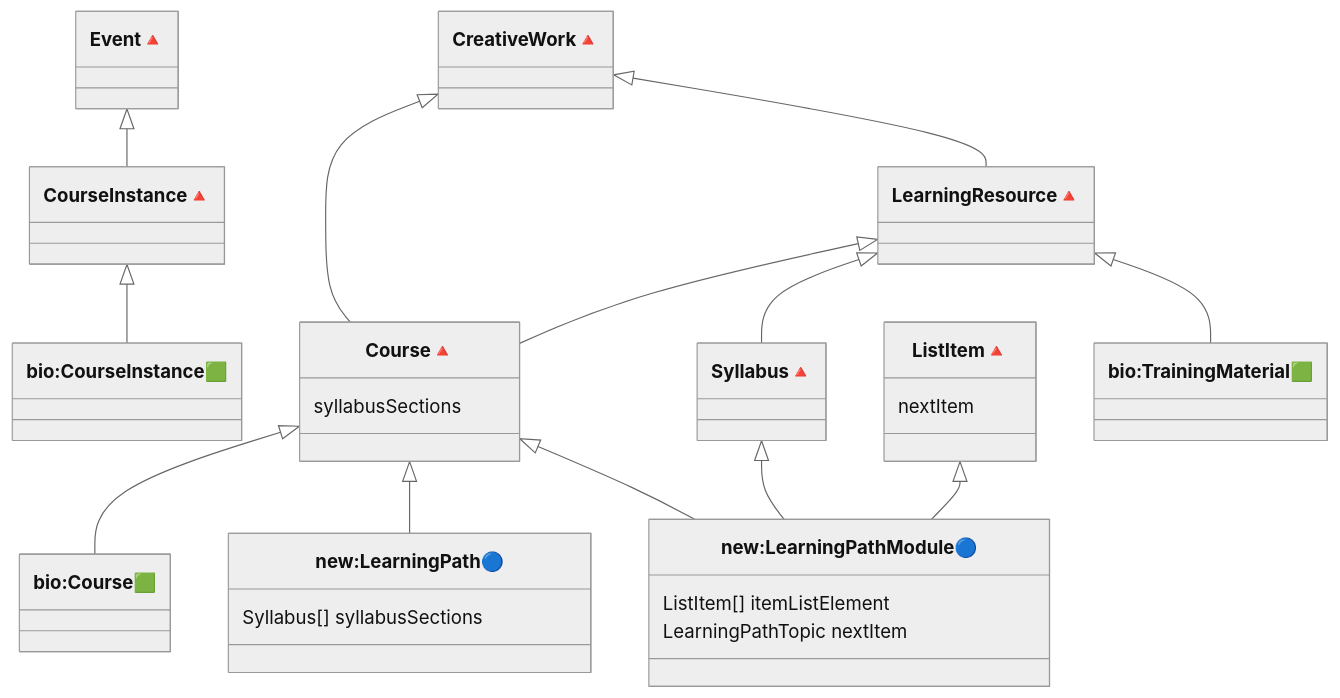
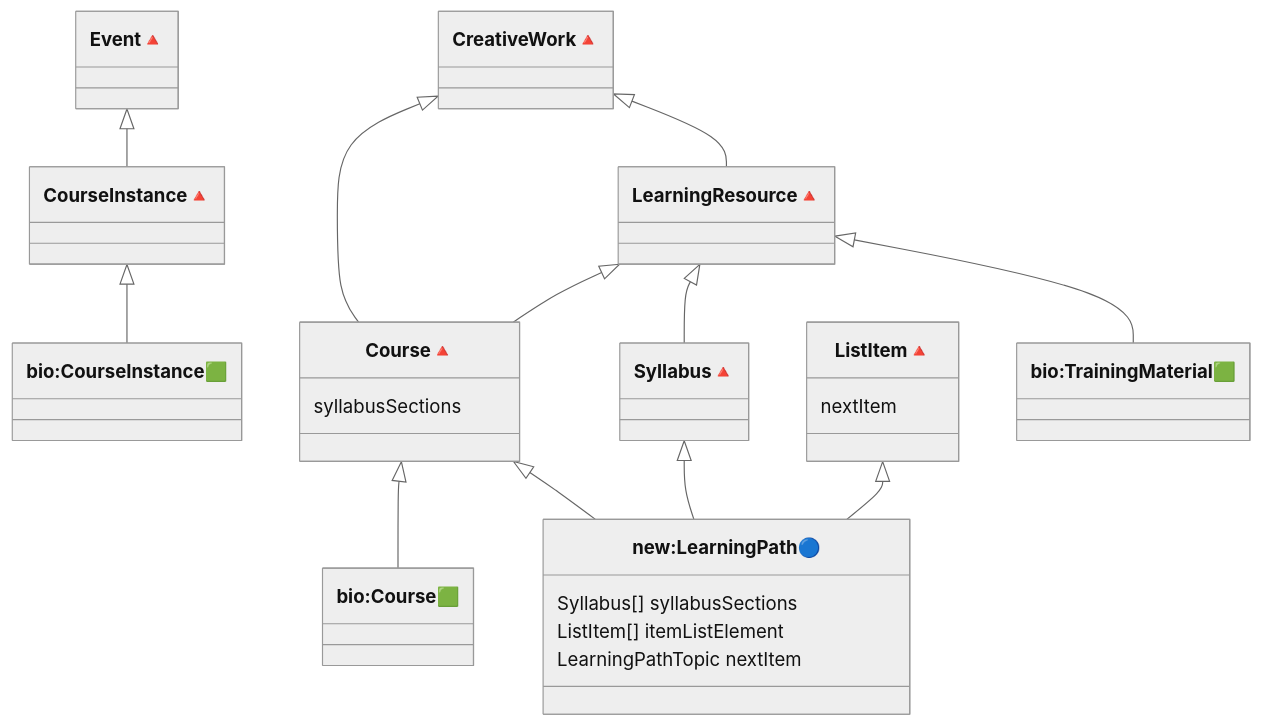
Before and after one commit to BioSchemas/LearningPath-sandbox: the fourth of 4 diagrams in README.md, drawn with Mermaid (neutral theme). The commit also changed other lines of this file, not shown here.

First line of the commit message:
Start to remove LearningPathModule

````diff
--- a/README.md
+++ b/README.md
@@ -282,45 +286,42 @@
 ```mermaid
 classDiagram
 direction TB
     class CourseInstance["CourseInstance🔺"] {
     }
     class bio_CourseInstance["bio:CourseInstance🟩"] {
     }
     class bio_Course["bio:Course🟩"] {
     }
     class Course["Course🔺"] {
 	    syllabusSections
     }
     class new_LearningPath["new:LearningPath🔵"] {
 	    Syllabus[] syllabusSections
+	    ListItem[] itemListElement
+	    LearningPathTopic nextItem
     }
     class ListItem["ListItem🔺"] {
 	    nextItem
     }
     class Syllabus["Syllabus🔺"] {
-    }
-    class new_LearningPathModule["new:LearningPathModule🔵"] {
-	    ListItem[] itemListElement
-	    LearningPathTopic nextItem
     }
     class LearningResource["LearningResource🔺"] {
     }
     class bio_TrainingMaterial["bio:TrainingMaterial🟩"] {
     }
     class CreativeWork["CreativeWork🔺"] {
     }
     class Event["Event🔺"] {
     }
     Course <|-- bio_Course
     Course <|-- new_LearningPath
-    Course <|-- new_LearningPathModule
-    Syllabus <|-- new_LearningPathModule
-    ListItem <|-- new_LearningPathModule
+    Syllabus <|-- new_LearningPath
+    ListItem <|-- new_LearningPath
     CreativeWork <|-- LearningResource
     CreativeWork <|-- Course
     LearningResource <|-- Course
     LearningResource <|-- Syllabus
     Event <|-- CourseInstance
     CourseInstance <|-- bio_CourseInstance
     LearningResource <|-- bio_TrainingMaterial
 ```
````
